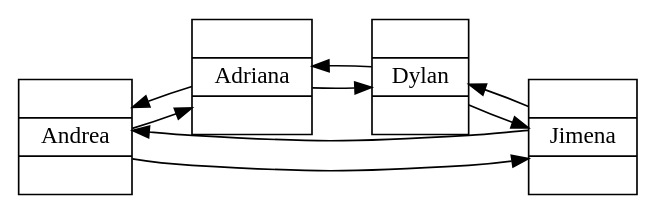
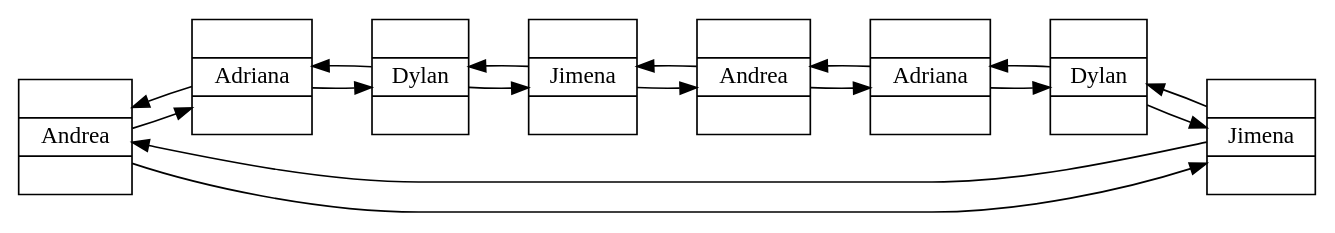
One commit to Gramajooo/SnakePython changed the diagram in grafica4.dot. Above: the diagram before and after it, drawn with Graphviz. The commit also changed 9 other files, not shown here.

```diff
--- a/grafica4.dot
+++ b/grafica4.dot
@@ -1,16 +1,28 @@
 digraph CircularDoble {
 	graph [rankdir=LR]
 	node [height=.1 shape=record]
-	<CircularDoble.NodoDoble object at 0x00F4DA50> [label="<f0> |<f1> Andrea|<f2>"]
-	<CircularDoble.NodoDoble object at 0x00F4DA50> -> <CircularDoble.NodoDoble object at 0x00F4DA70>
-	<CircularDoble.NodoDoble object at 0x00F4DA50> -> <CircularDoble.NodoDoble object at 0x00F3DE50>
-	<CircularDoble.NodoDoble object at 0x00F4DA70> [label="<f0> |<f1> Adriana|<f2>"]
-	<CircularDoble.NodoDoble object at 0x00F4DA70> -> <CircularDoble.NodoDoble object at 0x00F4D730>
-	<CircularDoble.NodoDoble object at 0x00F4DA70> -> <CircularDoble.NodoDoble object at 0x00F4DA50>
-	<CircularDoble.NodoDoble object at 0x00F4D730> [label="<f0> |<f1> Dylan|<f2>"]
-	<CircularDoble.NodoDoble object at 0x00F4D730> -> <CircularDoble.NodoDoble object at 0x00F3DE50>
-	<CircularDoble.NodoDoble object at 0x00F4D730> -> <CircularDoble.NodoDoble object at 0x00F4DA70>
-	<CircularDoble.NodoDoble object at 0x00F3DE50> [label="<f0> |<f1> Jimena|<f2>"]
-	<CircularDoble.NodoDoble object at 0x00F3DE50> -> <CircularDoble.NodoDoble object at 0x00F4DA50>
-	<CircularDoble.NodoDoble object at 0x00F3DE50> -> <CircularDoble.NodoDoble object at 0x00F4D730>
+	<CircularDoble.NodoDoble object at 0x03214730> [label="<f0> |<f1> Andrea|<f2>"]
+	<CircularDoble.NodoDoble object at 0x03214730> -> <CircularDoble.NodoDoble object at 0x032146F0>
+	<CircularDoble.NodoDoble object at 0x03214730> -> <CircularDoble.NodoDoble object at 0x031FDE30>
+	<CircularDoble.NodoDoble object at 0x032146F0> [label="<f0> |<f1> Adriana|<f2>"]
+	<CircularDoble.NodoDoble object at 0x032146F0> -> <CircularDoble.NodoDoble object at 0x03214610>
+	<CircularDoble.NodoDoble object at 0x032146F0> -> <CircularDoble.NodoDoble object at 0x03214730>
+	<CircularDoble.NodoDoble object at 0x03214610> [label="<f0> |<f1> Dylan|<f2>"]
+	<CircularDoble.NodoDoble object at 0x03214610> -> <CircularDoble.NodoDoble object at 0x03214670>
+	<CircularDoble.NodoDoble object at 0x03214610> -> <CircularDoble.NodoDoble object at 0x032146F0>
+	<CircularDoble.NodoDoble object at 0x03214670> [label="<f0> |<f1> Jimena|<f2>"]
+	<CircularDoble.NodoDoble object at 0x03214670> -> <CircularDoble.NodoDoble object at 0x0320D9F0>
+	<CircularDoble.NodoDoble object at 0x03214670> -> <CircularDoble.NodoDoble object at 0x03214610>
+	<CircularDoble.NodoDoble object at 0x0320D9F0> [label="<f0> |<f1> Andrea|<f2>"]
+	<CircularDoble.NodoDoble object at 0x0320D9F0> -> <CircularDoble.NodoDoble object at 0x0320DA10>
+	<CircularDoble.NodoDoble object at 0x0320D9F0> -> <CircularDoble.NodoDoble object at 0x03214670>
+	<CircularDoble.NodoDoble object at 0x0320DA10> [label="<f0> |<f1> Adriana|<f2>"]
+	<CircularDoble.NodoDoble object at 0x0320DA10> -> <CircularDoble.NodoDoble object at 0x0320D7B0>
+	<CircularDoble.NodoDoble object at 0x0320DA10> -> <CircularDoble.NodoDoble object at 0x0320D9F0>
+	<CircularDoble.NodoDoble object at 0x0320D7B0> [label="<f0> |<f1> Dylan|<f2>"]
+	<CircularDoble.NodoDoble object at 0x0320D7B0> -> <CircularDoble.NodoDoble object at 0x031FDE30>
+	<CircularDoble.NodoDoble object at 0x0320D7B0> -> <CircularDoble.NodoDoble object at 0x0320DA10>
+	<CircularDoble.NodoDoble object at 0x031FDE30> [label="<f0> |<f1> Jimena|<f2>"]
+	<CircularDoble.NodoDoble object at 0x031FDE30> -> <CircularDoble.NodoDoble object at 0x03214730>
+	<CircularDoble.NodoDoble object at 0x031FDE30> -> <CircularDoble.NodoDoble object at 0x0320D7B0>
 }
```
